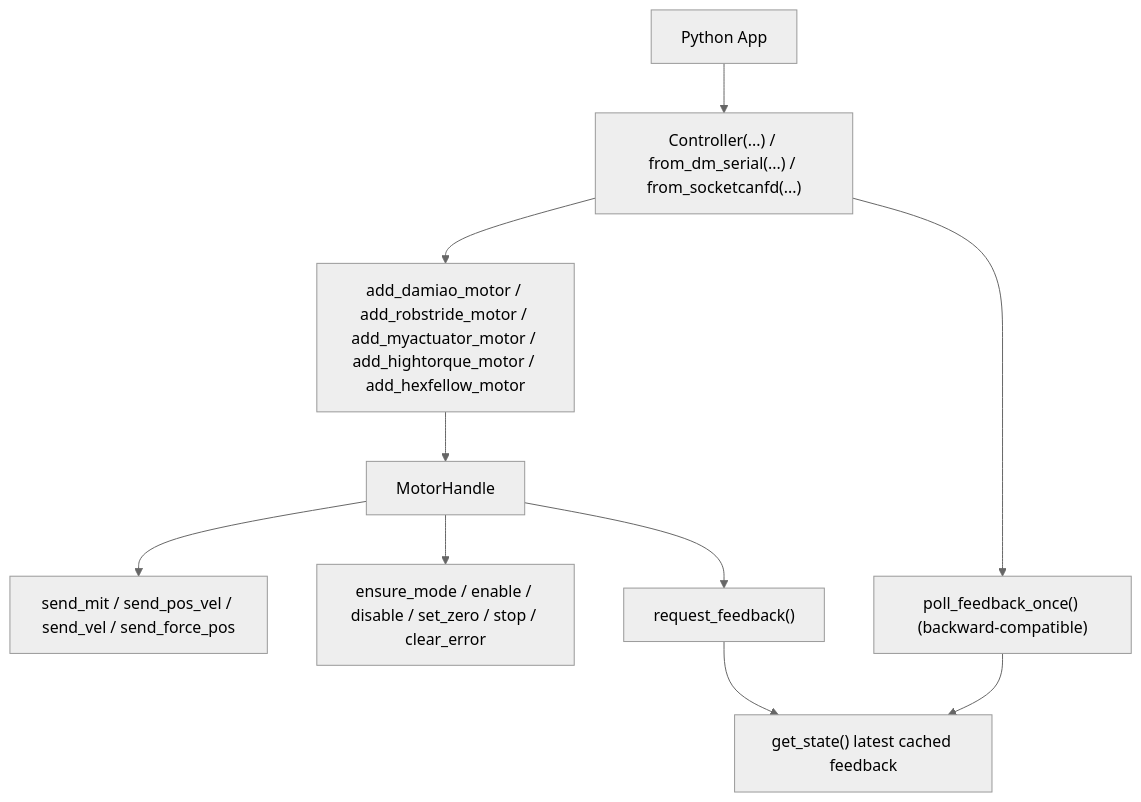
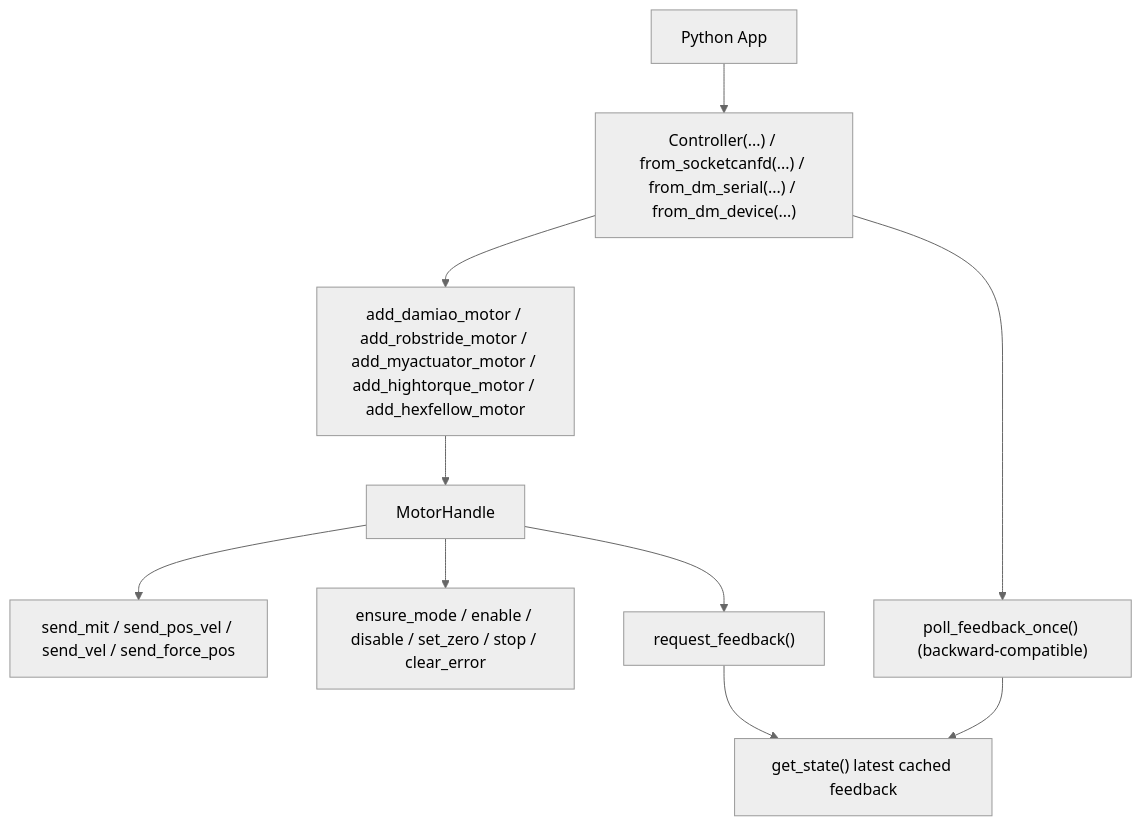
One commit to Welt-liu/motorbridge changed the third of 3 diagrams in README.md. Above: the diagram before and after it, drawn with Mermaid (neutral theme). The commit also changed other lines of this file and 43 other files, not shown here.

````diff
--- a/README.md
+++ b/README.md
@@ -143,12 +162,12 @@
 ```mermaid
 flowchart TB
-  PYAPP["Python App"] --> CTL["Controller(...) / from_dm_serial(...) / from_socketcanfd(...)"]
+  PYAPP["Python App"] --> CTL["Controller(...) / from_socketcanfd(...) / from_dm_serial(...) / from_dm_device(...)"]
   CTL --> ADD["add_damiao_motor / add_robstride_motor / add_myactuator_motor / add_hightorque_motor / add_hexfellow_motor"]
   ADD --> MOTOR["MotorHandle"]
   MOTOR --> CTRL1["send_mit / send_pos_vel / send_vel / send_force_pos"]
   MOTOR --> CTRL2["ensure_mode / enable / disable / set_zero / stop / clear_error"]
   MOTOR --> FB1["request_feedback()"]
   CTL --> FB2["poll_feedback_once() (backward-compatible)"]
   FB1 --> STATE["get_state() latest cached feedback"]
   FB2 --> STATE
 ```
````
